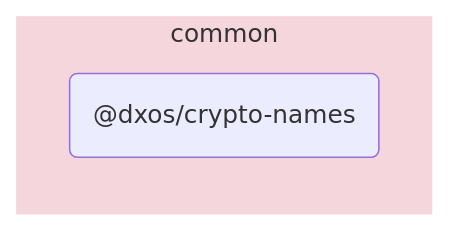
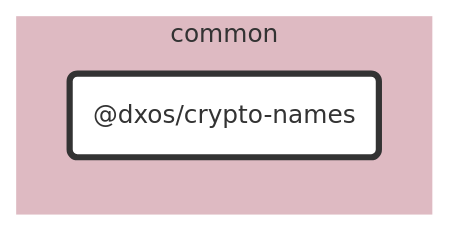
The diagram in packages/common/crypto-names/docs/README.md (dxos/dxos), drawn with Mermaid before and after one commit. The commit also changed other lines of this file and 89 other files, not shown here.

````diff
--- a/packages/common/crypto-names/docs/README.md
+++ b/packages/common/crypto-names/docs/README.md
@@ -5,9 +7,25 @@
 ```mermaid
-flowchart LR;
+%%{ init: {'flowchart':{'curve':'basis'}} }%%
 
+flowchart LR
+
+%% Links
+
+%% Sections
 subgraph common
-  style common fill:#f5d6dd,stroke:#fff;
-  dxos/crypto-names("@dxos/crypto-names");
+  style common fill:#debac2,stroke:#fff;
+
+  dxos/crypto-names("@dxos/crypto-names")
 end
 
+
+%% Hyperlinks
+
+%% Styles
+classDef rootNode fill:#fff,stroke:#333,stroke-width:4px
+classDef defaultNode fill:#fff,stroke:#333,stroke-width:1px
+linkStyle default stroke:#333,stroke-width:1px
+
+dxos/crypto-names:::rootNode
+
 ```
````
